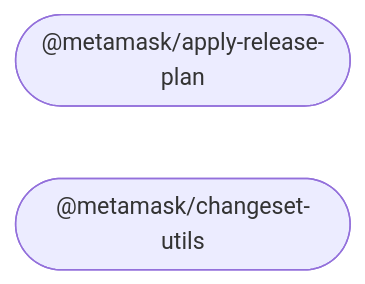
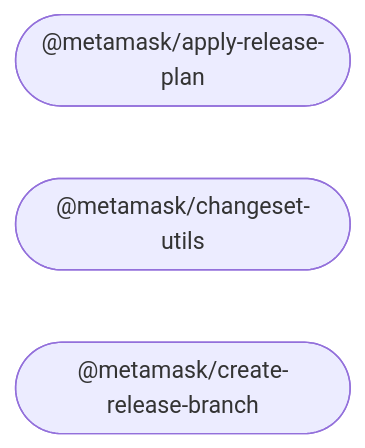
One commit to MetaMask/release-tools changed the diagram in README.md. Above: the diagram before and after it, drawn with Mermaid. The commit also changed other lines of this file and 84 other files, not shown here.

First line of the commit message:
chore: move create-release-branch to packages (#35)

````diff
--- a/README.md
+++ b/README.md
@@ -26,7 +27,8 @@
 ```mermaid
 %%{ init: { 'flowchart': { 'curve': 'bumpX' } } }%%
 graph LR;
 linkStyle default opacity:0.5
   apply_release_plan(["@metamask/apply-release-plan"]);
   changeset_utils(["@metamask/changeset-utils"]);
+  create_release_branch(["@metamask/create-release-branch"]);
 ```
````
